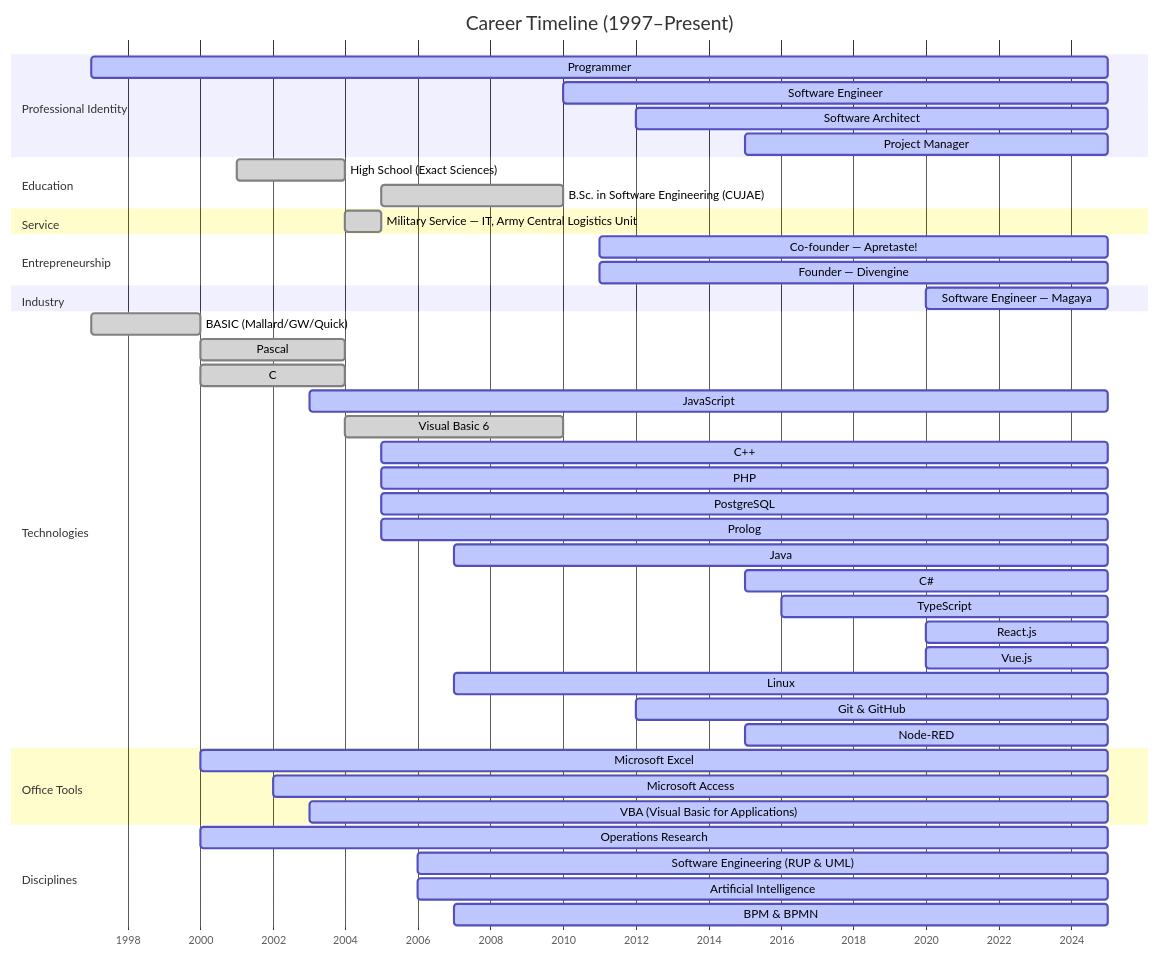
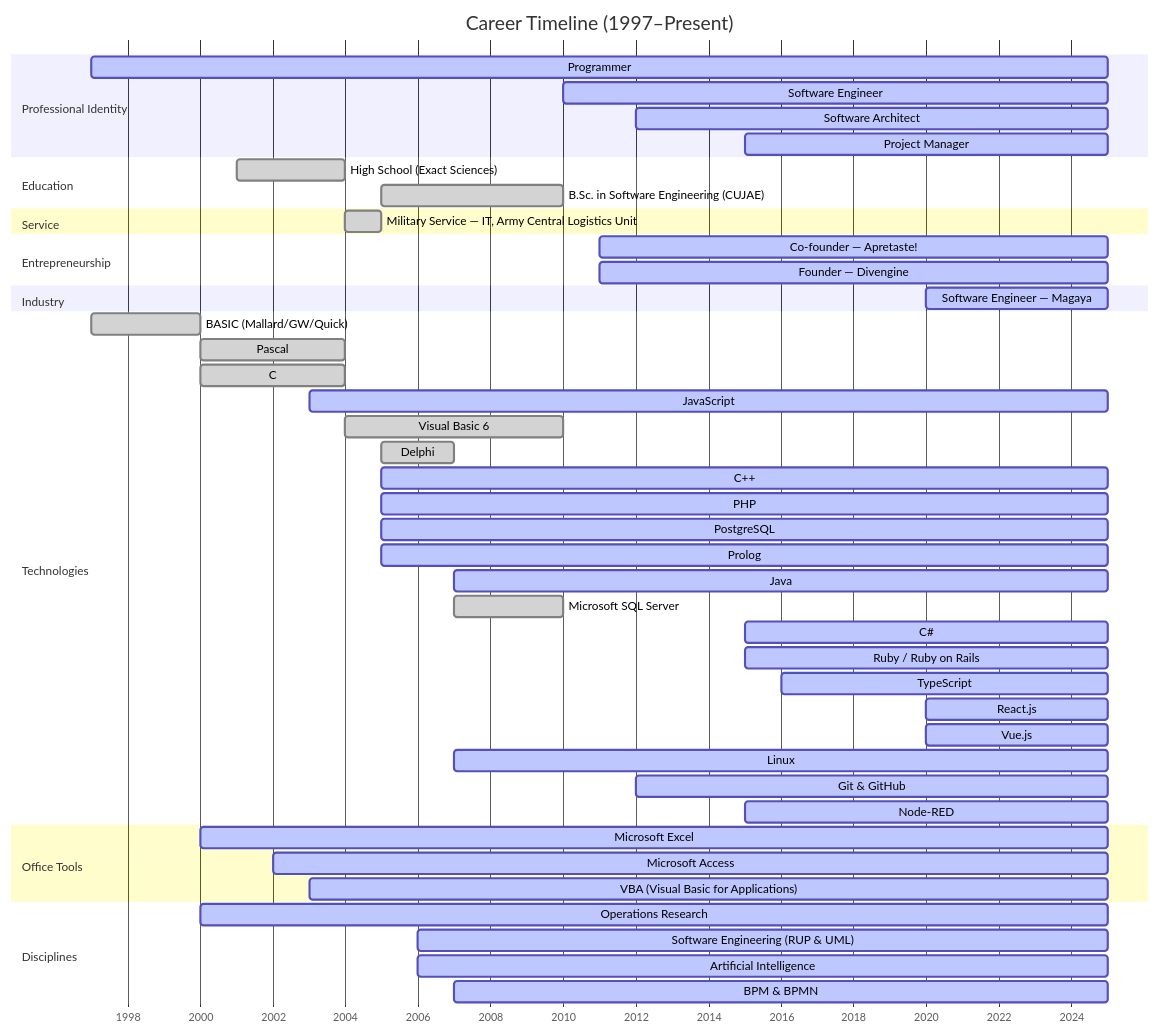
The diagram in README.md (rafageist/rafageist), drawn with Mermaid before and after one commit.

````diff
--- a/README.md
+++ b/README.md
@@ -25,59 +25,60 @@
 ```mermaid
 gantt
   dateFormat  YYYY
   axisFormat  %Y
   title  Career Timeline (1997–Present)
   todayMarker on
 
   section Professional Identity
   Programmer                                :active, se, 1997, 2025
   Software Engineer                         :active, se, 2010, 2025
   Software Architect                        :active, sa, 2012, 2025
   Project Manager                           :active, pm, 2015, 2025
 
   section Education
   High School (Exact Sciences)              :done,  hs, 2001, 2004
   B.Sc. in Software Engineering (CUJAE)     :done,  bs, 2005, 2010
 
   section Service
   Military Service — IT, Army Central Logistics Unit :done, mil, 2004, 2005
 
   section Entrepreneurship
   Co-founder — Apretaste!                   :active, ap, 2011, 2025
   Founder — Divengine                       :active, de, 2011, 2025
 
   section Industry
   Software Engineer — Magaya                :active, mg, 2020, 2025
 
   section Technologies
   BASIC (Mallard/GW/Quick)                  :done,   bas, 1997, 2000
   Pascal                                    :done,   pas, 2000, 2004
   C                                         :done,   c,   2000, 2004
   JavaScript                                :active, js,  2003, 2025
   Visual Basic 6                            :done,   vb6, 2004, 2010
+  Delphi                                    :done,   del, 2005, 2007
   C++                                       :active, cpp, 2005, 2025
   PHP                                       :active, php, 2005, 2025
   PostgreSQL                                :active, pg,  2005, 2025
   Prolog                                    :active, pl,  2005, 2025
   Java                                      :active, jav, 2007, 2025
+  Microsoft SQL Server                      :done,   mss, 2007, 2010
   C#                                        :active, cs,  2015, 2025
+  Ruby / Ruby on Rails                      :active, rb,  2015, 2025
   TypeScript                                :active, ts,  2016, 2025
   React.js                                  :active, rjs, 2020, 2025
   Vue.js                                    :active, vjs, 2020, 2025
   Linux                                     :active, lin, 2007, 2025
   Git & GitHub                              :active, git, 2012, 2025
   Node-RED                                  :active, nrd, 2015, 2025
 
   section Office Tools
   Microsoft Excel                           :active, xls, 2000, 2025
   Microsoft Access                          :active, acc, 2002, 2025
   VBA (Visual Basic for Applications)       :active, vba, 2003, 2025
 
   section Disciplines
   Operations Research                       :active, or,  2000, 2025
   Software Engineering (RUP & UML)          :active, rup, 2006, 2025
   Artificial Intelligence                   :active, ai,  2006, 2025
   BPM & BPMN                                :active, bpm, 2007, 2025
-
-
 ```
````
